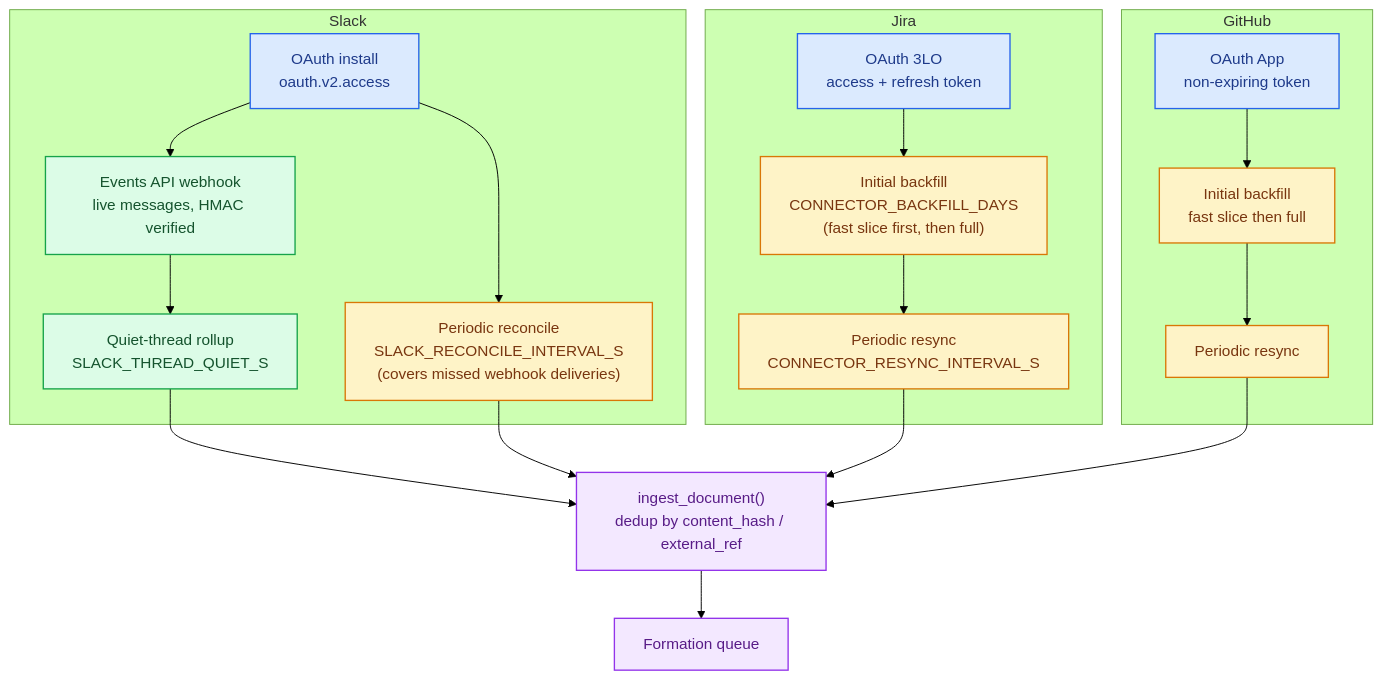
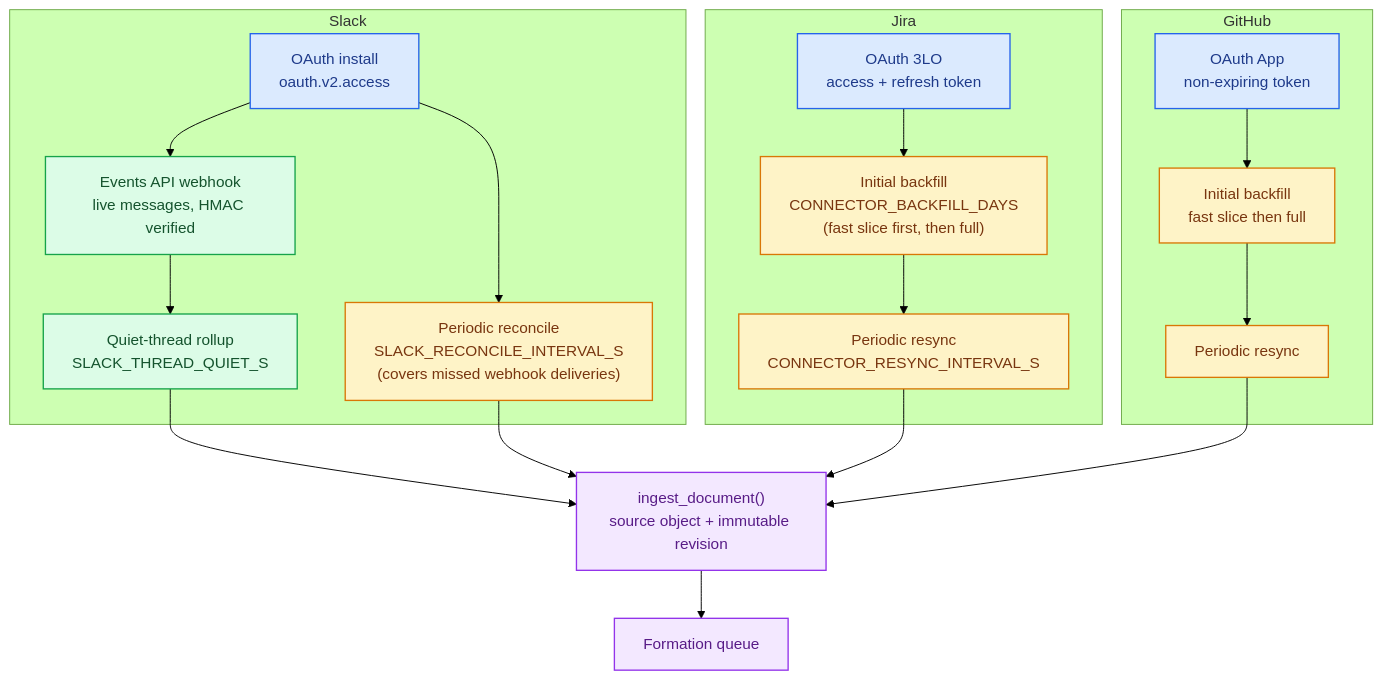
One commit to KarimMakhlas/YBase changed the sixth of 8 diagrams in README.md. Above: the diagram before and after it, drawn with Mermaid (forest theme). The commit also changed other lines of this file and 2 other files, not shown here.

Commit message:
docs: explain source revision lifecycle

````diff
--- a/README.md
+++ b/README.md
@@ -407,36 +415,36 @@
 ```mermaid
 flowchart TB
   subgraph SlackFlow["Slack"]
     S1["OAuth install<br/>oauth.v2.access"]:::blue
     S2["Events API webhook<br/>live messages, HMAC verified"]:::green
     S3["Quiet-thread rollup<br/>SLACK_THREAD_QUIET_S"]:::green
     S4["Periodic reconcile<br/>SLACK_RECONCILE_INTERVAL_S<br/>(covers missed webhook deliveries)"]:::amber
     S1 --> S2 --> S3
     S1 --> S4
   end
   subgraph JiraFlow["Jira"]
     J1["OAuth 3LO<br/>access + refresh token"]:::blue
     J2["Initial backfill<br/>CONNECTOR_BACKFILL_DAYS<br/>(fast slice first, then full)"]:::amber
     J3["Periodic resync<br/>CONNECTOR_RESYNC_INTERVAL_S"]:::amber
     J1 --> J2 --> J3
   end
   subgraph GitHubFlow["GitHub"]
     G1["OAuth App<br/>non-expiring token"]:::blue
     G2["Initial backfill<br/>fast slice then full"]:::amber
     G3["Periodic resync"]:::amber
     G1 --> G2 --> G3
   end
-  Ingest["ingest_document()<br/>dedup by content_hash / external_ref"]:::purple
+  Ingest["ingest_document()<br/>source object + immutable revision"]:::purple
   Queue["Formation queue"]:::purple
 
   S3 --> Ingest
   S4 --> Ingest
   J3 --> Ingest
   G3 --> Ingest
   Ingest --> Queue
 
   classDef blue   fill:#dbeafe,stroke:#2563eb,color:#1e3a8a,stroke-width:1.4px;
   classDef green  fill:#dcfce7,stroke:#16a34a,color:#14532d,stroke-width:1.4px;
   classDef amber  fill:#fef3c7,stroke:#d97706,color:#78350f,stroke-width:1.4px;
   classDef purple fill:#f3e8ff,stroke:#9333ea,color:#581c87,stroke-width:1.4px;
 ```
````
